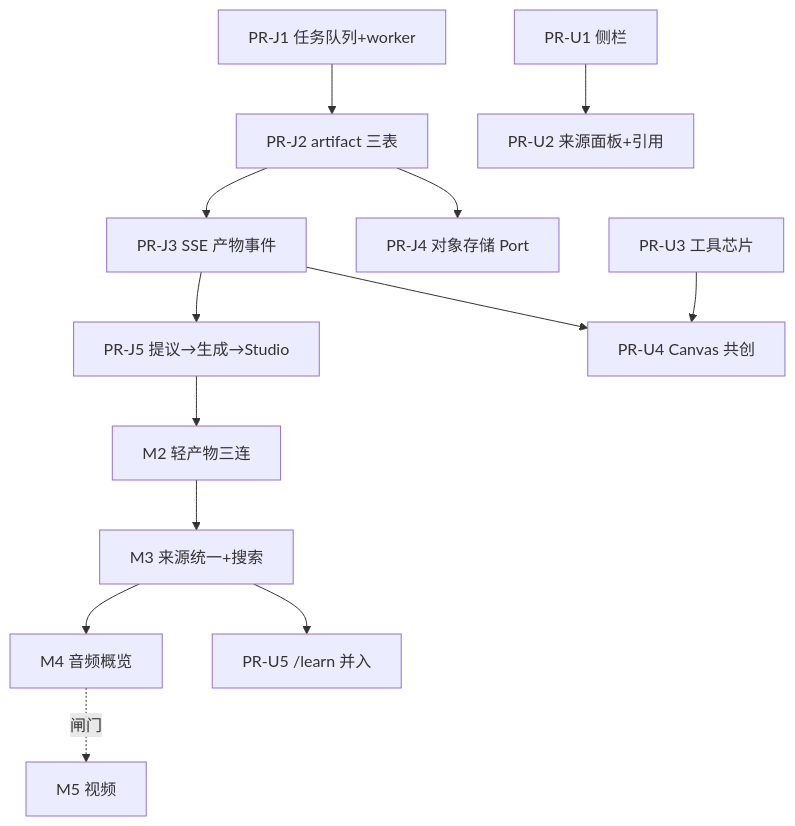
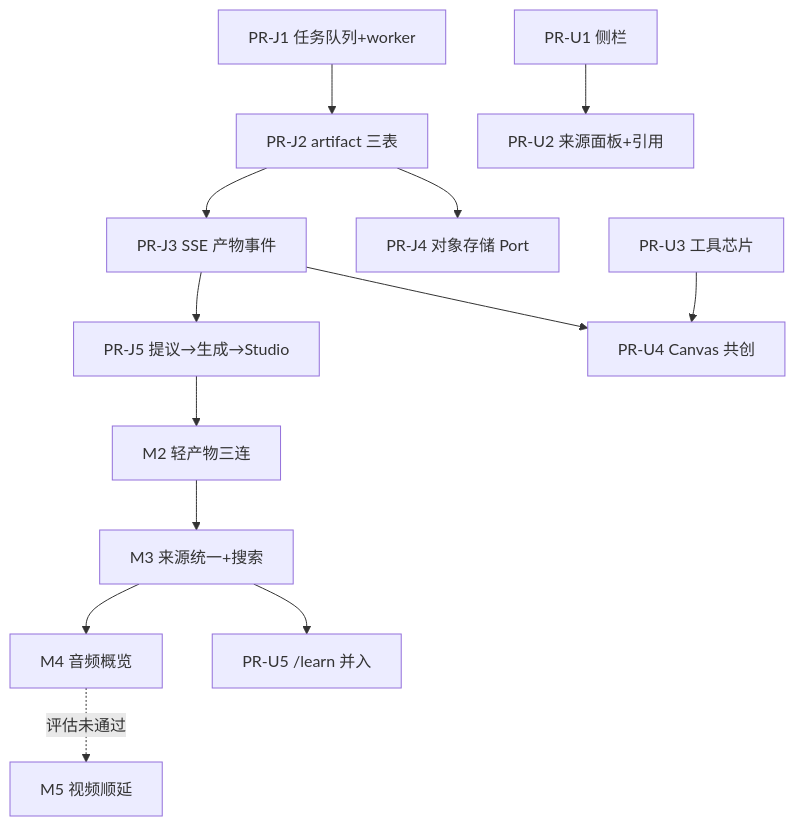
The diagram in docs/plan/active/2026-07-gemini-notebooklm-replica.md (Timcai06/EduCanvas), drawn with Mermaid before and after one commit. The commit also changed other lines of this file and 4 other files, not shown here.

````diff
--- a/docs/plan/active/2026-07-gemini-notebooklm-replica.md
+++ b/docs/plan/active/2026-07-gemini-notebooklm-replica.md
@@ -102,15 +106,15 @@
 ```mermaid
 flowchart TD
     J1["PR-J1 任务队列+worker"] --> J2["PR-J2 artifact 三表"]
     J2 --> J3["PR-J3 SSE 产物事件"]
     J2 --> J4["PR-J4 对象存储 Port"]
     J3 --> J5["PR-J5 提议→生成→Studio"]
     J5 --> M2["M2 轻产物三连"]
     M2 --> M3["M3 来源统一+搜索"]
     M3 --> M4["M4 音频概览"]
-    M4 -.闸门.-> M5["M5 视频"]
+    M4 -.评估未通过.-> M5["M5 视频顺延"]
     U1["PR-U1 侧栏"] --> U2["PR-U2 来源面板+引用"]
     U3["PR-U3 工具芯片"] --> U4["PR-U4 Canvas 共创"]
     J3 --> U4
     M3 --> U5["PR-U5 /learn 并入"]
 ```
````
